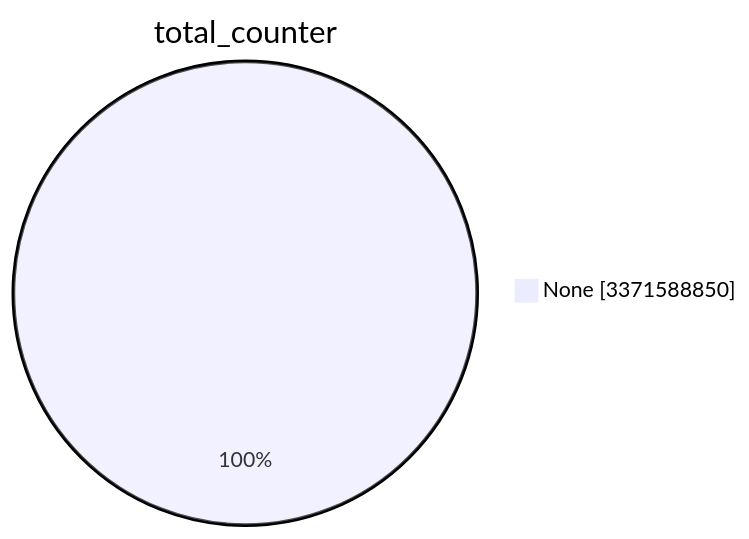
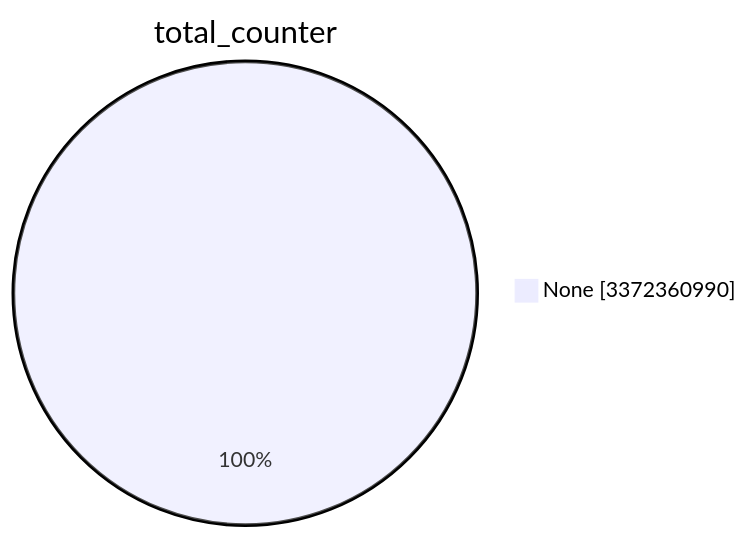
One commit to christiankrug/ctmonitor_visualization changed the first of 15 diagrams in TOTAL/README.md. Above: the diagram before and after it, drawn with Mermaid. The commit also changed other lines of this file, not shown here.

````diff
--- a/TOTAL/README.md
+++ b/TOTAL/README.md
@@ -1,5 +1,5 @@
 ```mermaid
 pie showData
 title total_counter
-"None" :3371588850
+"None" :3372360990
 ```
````
